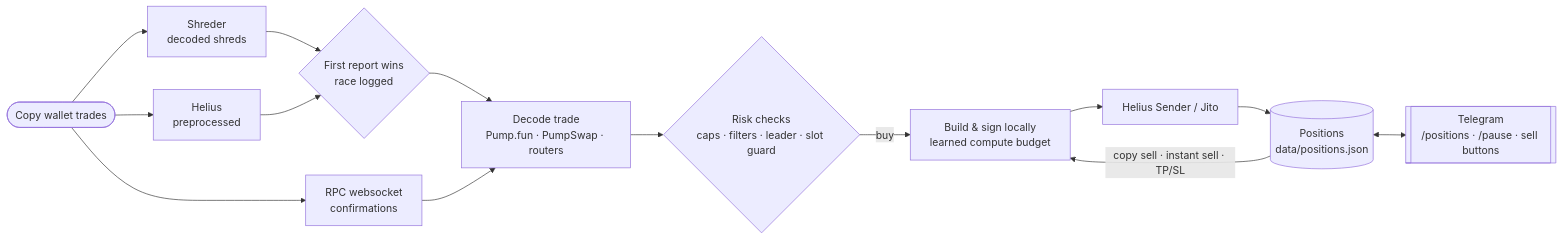
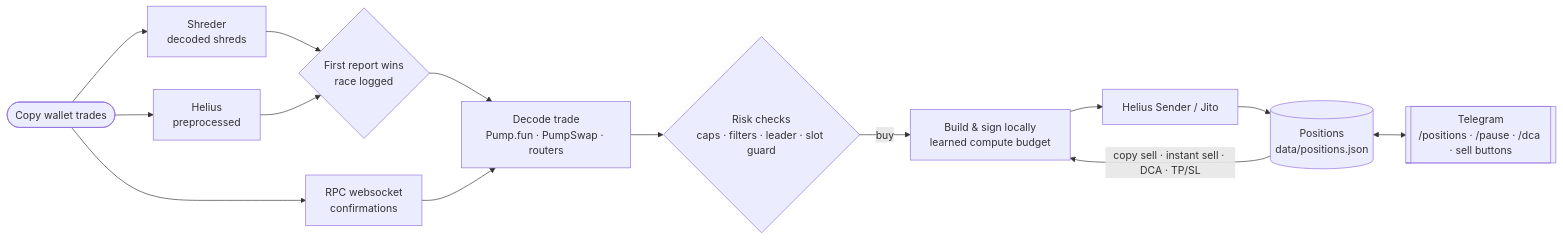
One commit to Maxim-Karpov/solana-copy-trading-bot changed the diagram in README.md. Above: the diagram before and after it, drawn with Mermaid. The commit also changed other lines of this file, not shown here.

````diff
--- a/README.md
+++ b/README.md
@@ -32,16 +33,16 @@
 ```mermaid
 flowchart LR
     W([Copy wallet trades]) --> S1[Shreder<br/>decoded shreds]
     W --> S2[Helius<br/>preprocessed]
     W --> WS[RPC websocket<br/>confirmations]
     S1 --> R{First report wins<br/>race logged}
     S2 --> R
     R --> D[Decode trade<br/>Pump.fun · PumpSwap · routers]
     WS --> D
     D --> C{Risk checks<br/>caps · filters · leader · slot guard}
     C -->|buy| B[Build & sign locally<br/>learned compute budget]
     B --> X[Helius Sender / Jito]
     X --> P[(Positions<br/>data/positions.json)]
-    P -->|copy sell · instant sell · TP/SL| B
-    P <--> T[[Telegram<br/>/positions · /pause · sell buttons]]
+    P -->|copy sell · instant sell · DCA · TP/SL| B
+    P <--> T[[Telegram<br/>/positions · /pause · /dca · sell buttons]]
 ```
````
